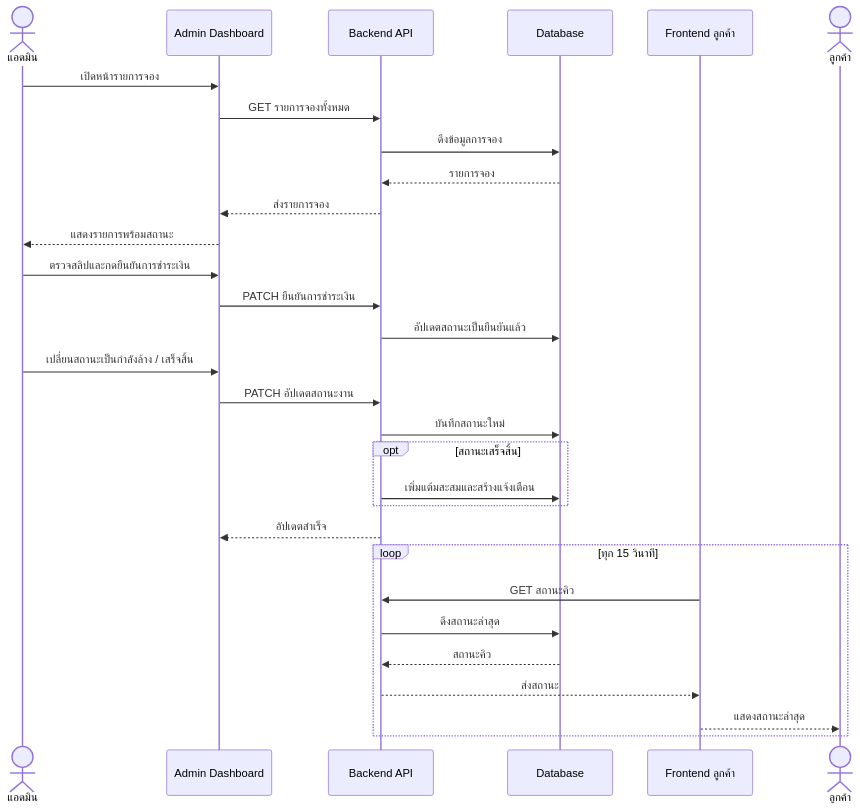
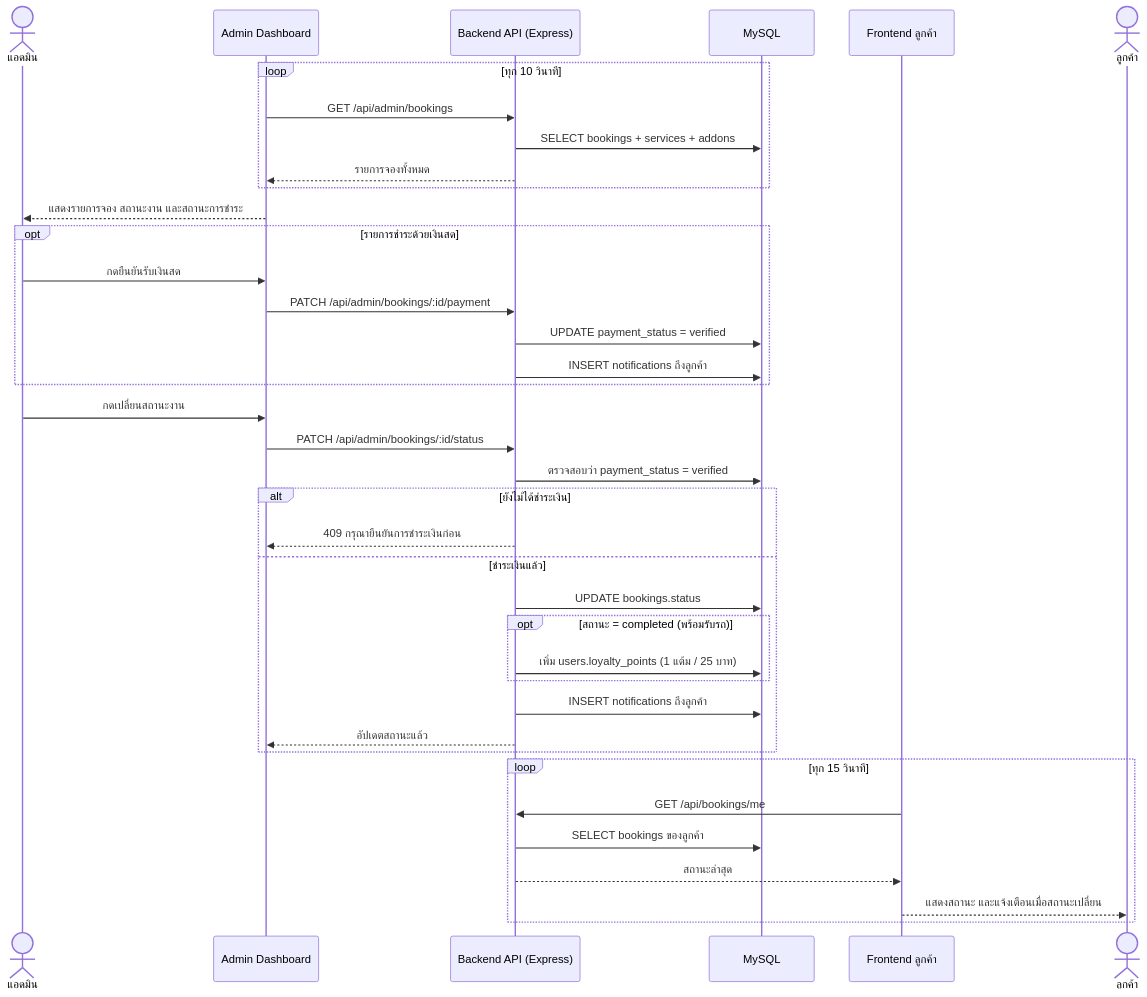
The eighth of 11 diagrams in README.md (Patipan26/Group22-CarWash-Queue), drawn with Mermaid before and after one commit. The commit also changed other lines of this file, not shown here.

````diff
--- a/README.md
+++ b/README.md
@@ -868,36 +893,44 @@
 ```mermaid
 sequenceDiagram
     actor A as แอดมิน
     participant AD as Admin Dashboard
-    participant BE as Backend API
-    participant DB as Database
+    participant BE as Backend API (Express)
+    participant DB as MySQL
     participant FE as Frontend ลูกค้า
     actor C as ลูกค้า
 
-    A->>AD: เปิดหน้ารายการจอง
-    AD->>BE: GET รายการจองทั้งหมด
-    BE->>DB: ดึงข้อมูลการจอง
-    DB-->>BE: รายการจอง
-    BE-->>AD: ส่งรายการจอง
-    AD-->>A: แสดงรายการพร้อมสถานะ
+    loop ทุก 10 วินาที
+        AD->>BE: GET /api/admin/bookings
+        BE->>DB: SELECT bookings + services + addons
+        BE-->>AD: รายการจองทั้งหมด
+    end
+    AD-->>A: แสดงรายการจอง สถานะงาน และสถานะการชำระ
 
-    A->>AD: ตรวจสลิปและกดยืนยันการชำระเงิน
-    AD->>BE: PATCH ยืนยันการชำระเงิน
-    BE->>DB: อัปเดตสถานะเป็นยืนยันแล้ว
+    opt รายการชำระด้วยเงินสด
+        A->>AD: กดยืนยันรับเงินสด
+        AD->>BE: PATCH /api/admin/bookings/:id/payment
+        BE->>DB: UPDATE payment_status = verified
+        BE->>DB: INSERT notifications ถึงลูกค้า
+    end
 
-    A->>AD: เปลี่ยนสถานะเป็นกำลังล้าง / เสร็จสิ้น
-    AD->>BE: PATCH อัปเดตสถานะงาน
-    BE->>DB: บันทึกสถานะใหม่
-    opt สถานะเสร็จสิ้น
-        BE->>DB: เพิ่มแต้มสะสมและสร้างแจ้งเตือน
+    A->>AD: กดเปลี่ยนสถานะงาน
+    AD->>BE: PATCH /api/admin/bookings/:id/status
+    BE->>DB: ตรวจสอบว่า payment_status = verified
+    alt ยังไม่ได้ชำระเงิน
+        BE-->>AD: 409 กรุณายืนยันการชำระเงินก่อน
+    else ชำระเงินแล้ว
+        BE->>DB: UPDATE bookings.status
+        opt สถานะ = completed (พร้อมรับรถ)
+            BE->>DB: เพิ่ม users.loyalty_points (1 แต้ม / 25 บาท)
+        end
+        BE->>DB: INSERT notifications ถึงลูกค้า
+        BE-->>AD: อัปเดตสถานะแล้ว
     end
-    BE-->>AD: อัปเดตสำเร็จ
 
     loop ทุก 15 วินาที
-        FE->>BE: GET สถานะคิว
-        BE->>DB: ดึงสถานะล่าสุด
-        DB-->>BE: สถานะคิว
-        BE-->>FE: ส่งสถานะ
-        FE-->>C: แสดงสถานะล่าสุด
+        FE->>BE: GET /api/bookings/me
+        BE->>DB: SELECT bookings ของลูกค้า
+        BE-->>FE: สถานะล่าสุด
+        FE-->>C: แสดงสถานะ และแจ้งเตือนเมื่อสถานะเปลี่ยน
     end
 ```
````
